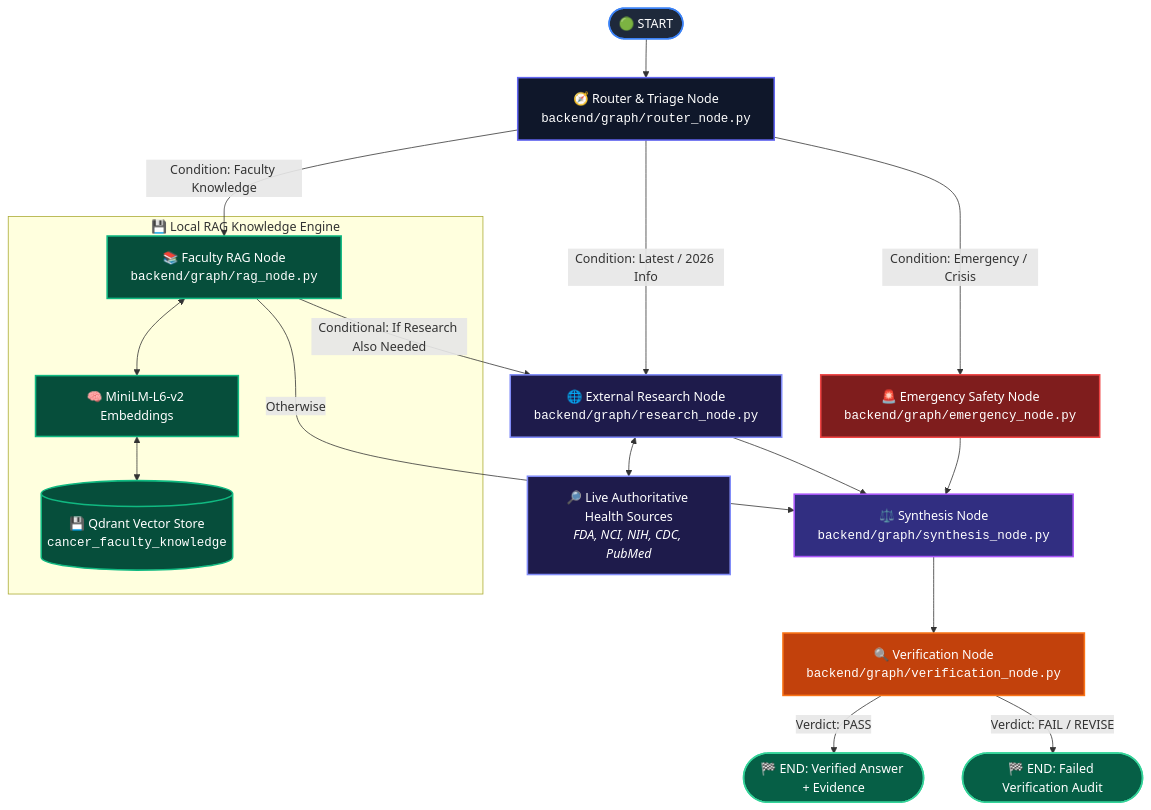
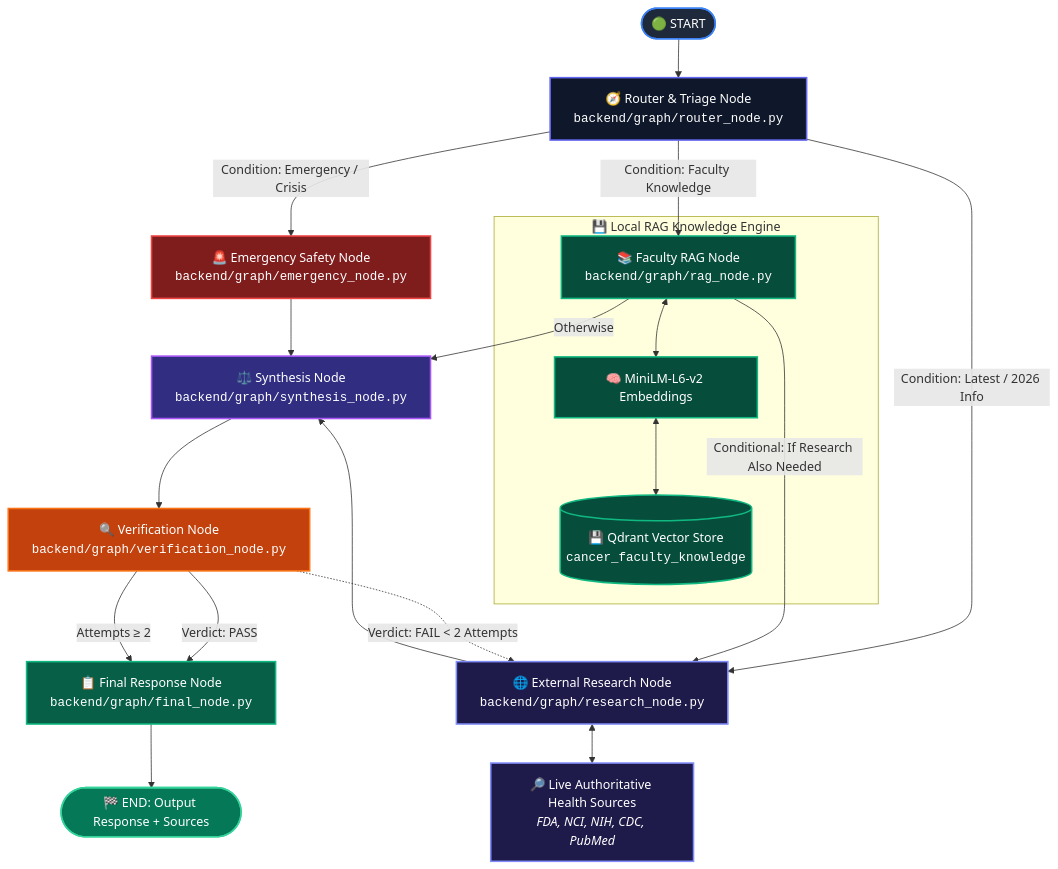
One commit to Snigdha-0210/Cancer-multi-agent changed the first of 3 diagrams in README.md. Above: the diagram before and after it, drawn with Mermaid. The commit also changed other lines of this file and 5 other files, not shown here.

````diff
--- a/README.md
+++ b/README.md
@@ -87,34 +88,38 @@
 ```mermaid
 flowchart TD
     classDef inputStyle fill:#1e293b,stroke:#3b82f6,stroke-width:2px,color:#fff
     classDef triageStyle fill:#0f172a,stroke:#6366f1,stroke-width:2px,color:#fff
     classDef emergStyle fill:#7f1d1d,stroke:#ef4444,stroke-width:2px,color:#fff
     classDef ragStyle fill:#064e3b,stroke:#10b981,stroke-width:2px,color:#fff
     classDef resStyle fill:#1e1b4b,stroke:#818cf8,stroke-width:2px,color:#fff
     classDef synthStyle fill:#312e81,stroke:#a855f7,stroke-width:2px,color:#fff
     classDef verifStyle fill:#c2410c,stroke:#f97316,stroke-width:2px,color:#fff
-    classDef outStyle fill:#065f46,stroke:#34d399,stroke-width:2px,color:#fff
+    classDef finalStyle fill:#065f46,stroke:#10b981,stroke-width:2px,color:#fff
+    classDef outStyle fill:#047857,stroke:#34d399,stroke-width:2px,color:#fff
 
     Start([🟢 START]):::inputStyle --> Router[🧭 Router & Triage Node<br><code>backend/graph/router_node.py</code>]:::triageStyle
     
     Router -->|Condition: Emergency / Crisis| EmergencyNode[🚨 Emergency Safety Node<br><code>backend/graph/emergency_node.py</code>]:::emergStyle
     EmergencyNode --> SynthesisNode[⚖️ Synthesis Node<br><code>backend/graph/synthesis_node.py</code>]:::synthStyle
 
     Router -->|Condition: Faculty Knowledge| RAGNode[📚 Faculty RAG Node<br><code>backend/graph/rag_node.py</code>]:::ragStyle
     subgraph RAG_Layer ["💾 Local RAG Knowledge Engine"]
         RAGNode <--> EmbedModel[🧠 MiniLM-L6-v2 Embeddings]:::ragStyle
         EmbedModel <--> QdrantDB[(💾 Qdrant Vector Store<br><code>cancer_faculty_knowledge</code>)]:::ragStyle
     end
 
     Router -->|Condition: Latest / 2026 Info| ResearchNode[🌐 External Research Node<br><code>backend/graph/research_node.py</code>]:::resStyle
     ResearchNode <--> WebSources[🔎 Live Authoritative Health Sources<br><em>FDA, NCI, NIH, CDC, PubMed</em>]:::resStyle
 
     RAGNode -->|Conditional: If Research Also Needed| ResearchNode
     RAGNode -->|Otherwise| SynthesisNode
     ResearchNode --> SynthesisNode
     
     SynthesisNode --> VerifierNode[🔍 Verification Node<br><code>backend/graph/verification_node.py</code>]:::verifStyle
 
-    VerifierNode -->|Verdict: PASS| OutputVerified([🏁 END: Verified Answer + Evidence]):::outStyle
-    VerifierNode -->|Verdict: FAIL / REVISE| OutputFail([🏁 END: Failed Verification Audit]):::outStyle
+    VerifierNode -->|Verdict: PASS| FinalNode[📋 Final Response Node<br><code>backend/graph/final_node.py</code>]:::finalStyle
+    VerifierNode -.->|Verdict: FAIL &lt; 2 Attempts| ResearchNode
+    VerifierNode -->|Attempts &ge; 2| FinalNode
+
+    FinalNode --> End([🏁 END: Output Response + Sources]):::outStyle
 ```
````
